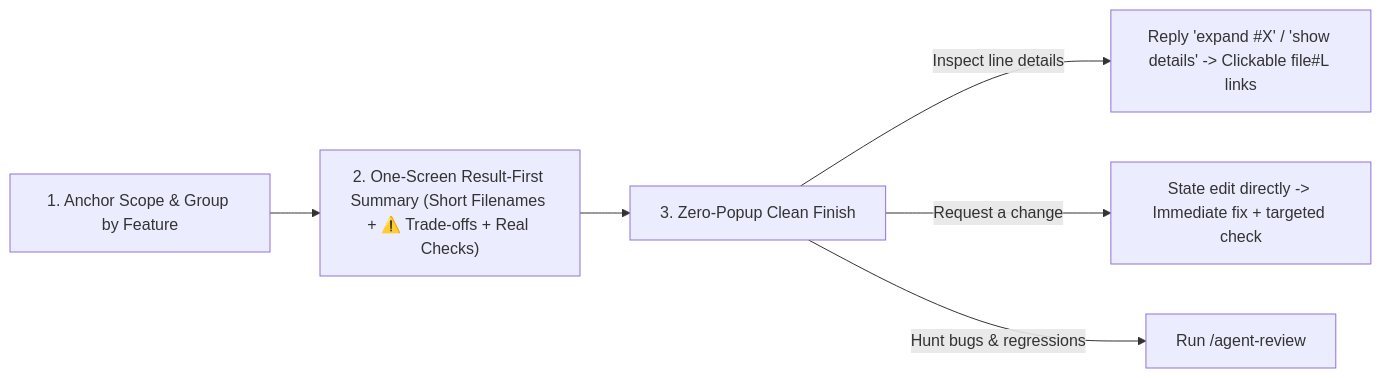
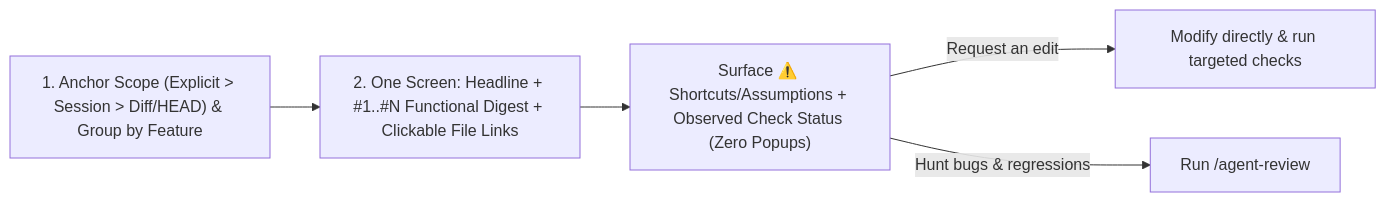
One commit to lastxuanain/ainward-skills changed the diagram in skills/work-report/README.md. Above: the diagram before and after it, drawn with Mermaid. The commit also changed other lines of this file and 25 other files, not shown here.

````diff
--- a/skills/work-report/README.md
+++ b/skills/work-report/README.md
@@ -27,8 +23,7 @@
 ```mermaid
 flowchart LR
-    A["1. Anchor Scope & Group by Feature"] --> B["2. One-Screen Result-First Summary (Short Filenames + ⚠️ Trade-offs + Real Checks)"]
-    B --> C["3. Zero-Popup Clean Finish"]
-    C -- "Inspect line details" --> D["Reply 'expand #X' / 'show details' -> Clickable file#L links"]
-    C -- "Request a change" --> E["State edit directly -> Immediate fix + targeted check"]
-    C -- "Hunt bugs & regressions" --> F["Run /agent-review"]
+    A["1. Anchor Scope (Explicit > Session > Diff/HEAD) & Group by Feature"] --> B["2. One Screen: Headline + #1..#N Functional Digest + Clickable File Links"]
+    B --> C["Surface ⚠️ Shortcuts/Assumptions + Observed Check Status (Zero Popups)"]
+    C -- "Request an edit" --> D["Modify directly & run targeted checks"]
+    C -- "Hunt bugs & regressions" --> E["Run /agent-review"]
 ```
````
